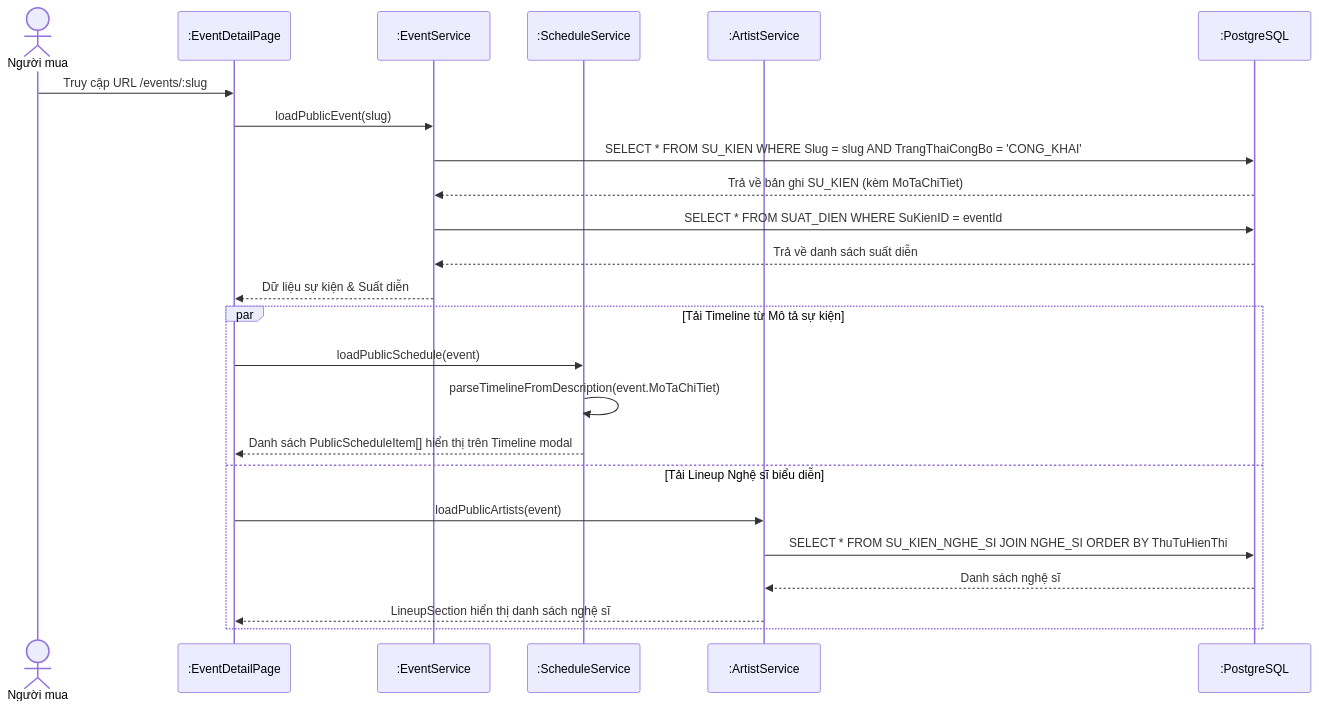
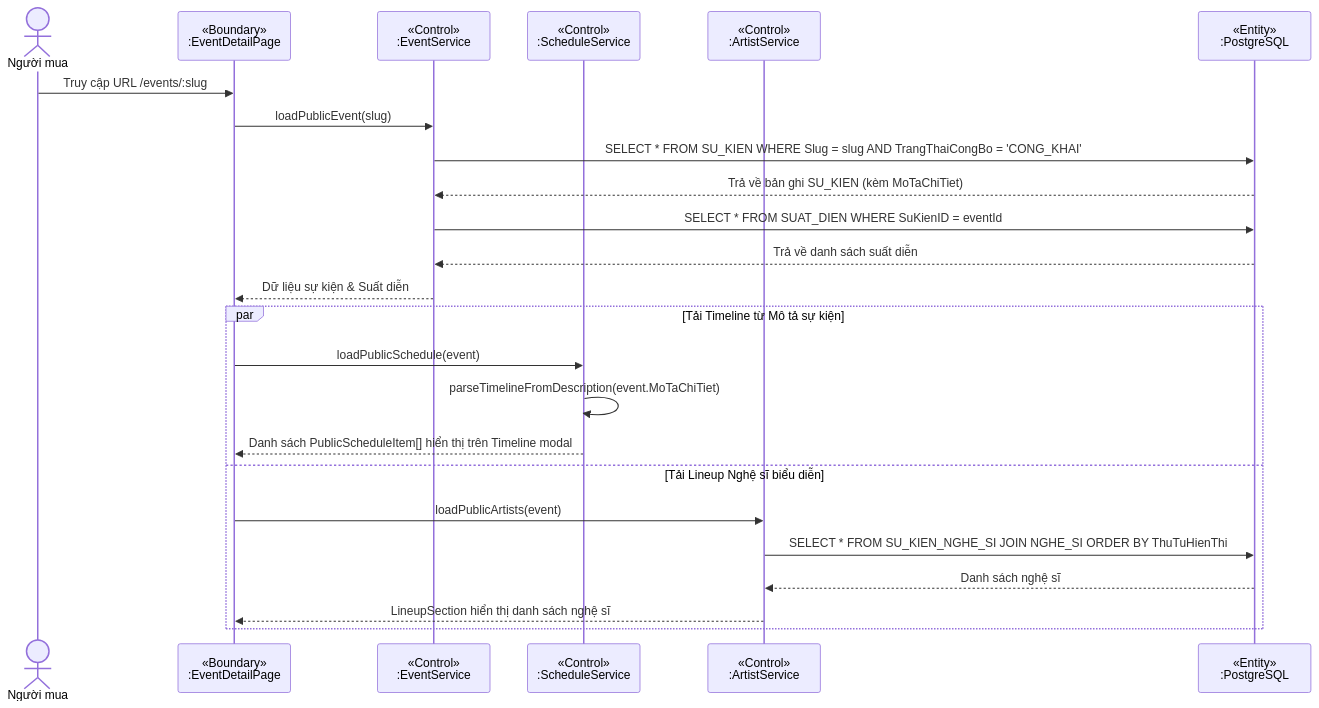
One commit to minhdc2011/EVENTTICKETING changed the tenth of 16 diagrams in docs/sprint1-deliverables/02_ANALYSIS_AND_SYSTEM_DESIGN.md. Above: the diagram before and after it, drawn with Mermaid. The commit also changed other lines of this file, not shown here.

Commit message:
docs: add BCE stereotypes to sequence diagram lifelines

````diff
--- a/docs/sprint1-deliverables/02_ANALYSIS_AND_SYSTEM_DESIGN.md
+++ b/docs/sprint1-deliverables/02_ANALYSIS_AND_SYSTEM_DESIGN.md
@@ -815,28 +817,28 @@
 ```mermaid
 sequenceDiagram
   actor U as Người mua
-  participant UI as :EventDetailPage
-  participant ES as :EventService
-  participant SS as :ScheduleService
-  participant AS as :ArtistService
-  participant DB as :PostgreSQL
+  participant UI as «Boundary»<br/>:EventDetailPage
+  participant ES as «Control»<br/>:EventService
+  participant SS as «Control»<br/>:ScheduleService
+  participant AS as «Control»<br/>:ArtistService
+  participant DB as «Entity»<br/>:PostgreSQL
 
   U->>UI: Truy cập URL /events/:slug
   UI->>ES: loadPublicEvent(slug)
   ES->>DB: SELECT * FROM SU_KIEN WHERE Slug = slug AND TrangThaiCongBo = 'CONG_KHAI'
   DB-->>ES: Trả về bản ghi SU_KIEN (kèm MoTaChiTiet)
   ES->>DB: SELECT * FROM SUAT_DIEN WHERE SuKienID = eventId
   DB-->>ES: Trả về danh sách suất diễn
   ES-->>UI: Dữ liệu sự kiện & Suất diễn
 
   par Tải Timeline từ Mô tả sự kiện
     UI->>SS: loadPublicSchedule(event)
     SS->>SS: parseTimelineFromDescription(event.MoTaChiTiet)
     SS-->>UI: Danh sách PublicScheduleItem[] hiển thị trên Timeline modal
   and Tải Lineup Nghệ sĩ biểu diễn
     UI->>AS: loadPublicArtists(event)
     AS->>DB: SELECT * FROM SU_KIEN_NGHE_SI JOIN NGHE_SI ORDER BY ThuTuHienThi
     DB-->>AS: Danh sách nghệ sĩ
     AS-->>UI: LineupSection hiển thị danh sách nghệ sĩ
   end
 ```
````
